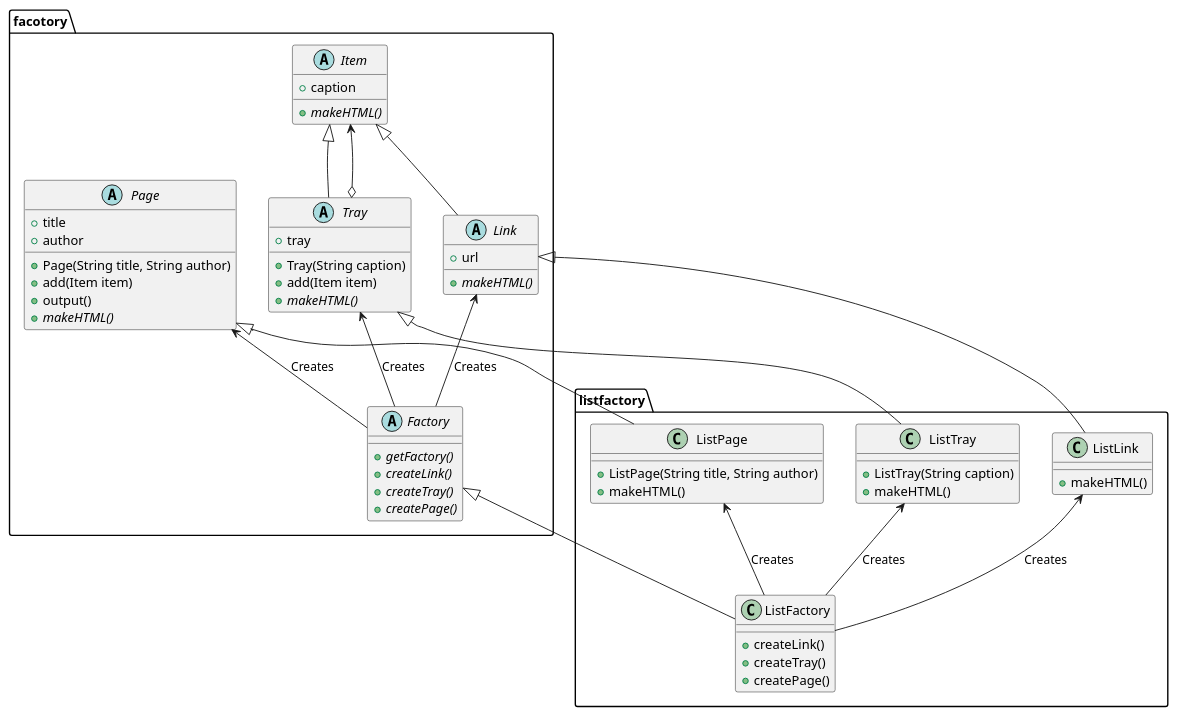
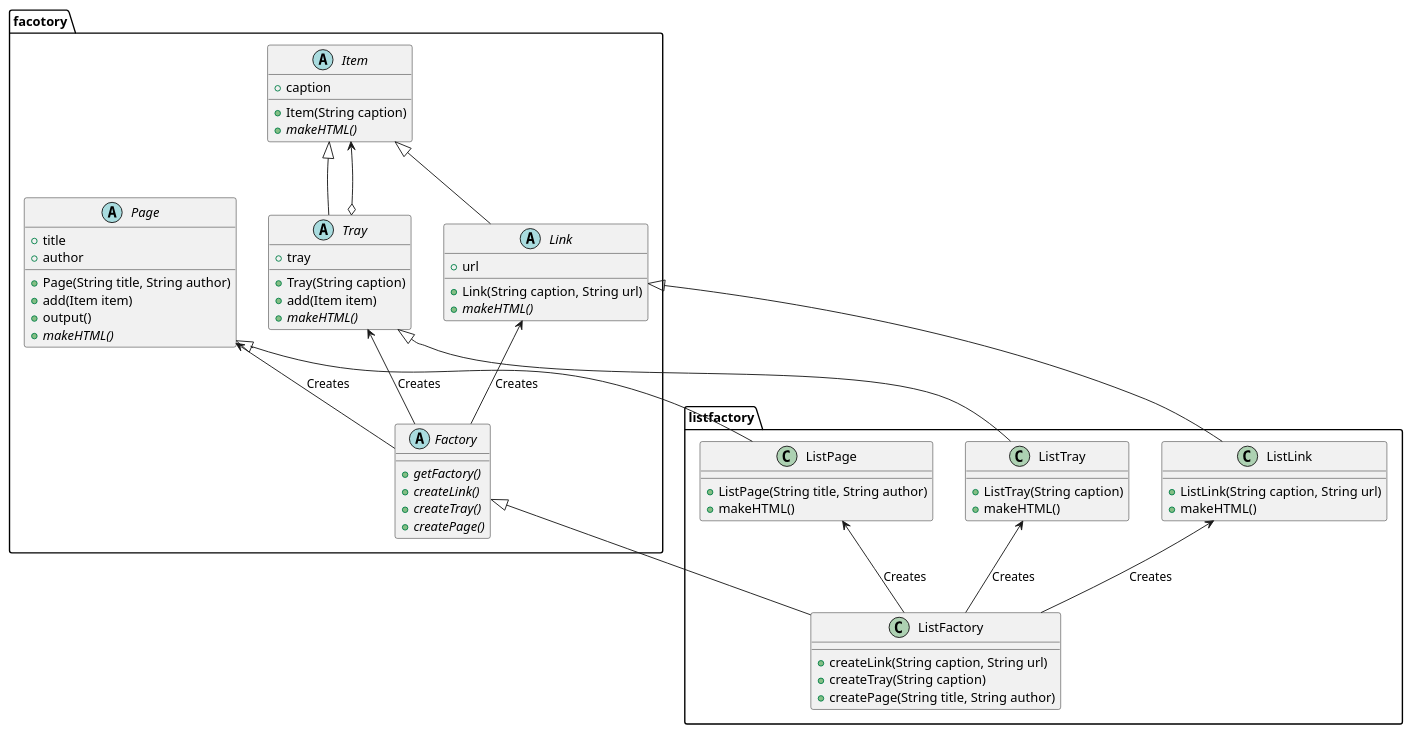
The diagram in AbstractFactory/README.md (ku2ma2/design_pattern), drawn with PlantUML before and after one commit. The commit also changed 6 other files, not shown here.

Commit message:
Add ListLink

````diff
--- a/AbstractFactory/README.md
+++ b/AbstractFactory/README.md
@@ -4,72 +4,75 @@
 ```uml
 @startuml
 
 package facotory {
     abstract Item {
         +caption
+        +Item(String caption)
         {abstract} +makeHTML()
     }
     abstract Link {
         +url
+        +Link(String caption, String url)
         {abstract} +makeHTML()
     }
     abstract Tray {
         +tray
         +Tray(String caption)
         +add(Item item)
         {abstract} +makeHTML()
     }
     abstract Page {
         +title
         +author
         +Page(String title, String author)
         +add(Item item)
         +output()
         {abstract} +makeHTML()
     }
     abstract Factory {
         {abstract} +getFactory()
         {abstract} +createLink()
         {abstract} +createTray()
         {abstract} +createPage()
     }
 }
 
 package listfactory {
 
     class ListLink {
+        +ListLink(String caption, String url)
         +makeHTML()
     }
     class ListTray {
         +ListTray(String caption)
         +makeHTML()
     }
     class ListPage {
         +ListPage(String title, String author)
         +makeHTML()
     }
     class ListFactory {
-        +createLink()
-        +createTray()
-        +createPage()
+        +createLink(String caption, String url)
+        +createTray(String caption)
+        +createPage(String title, String author)
     }
 }
 
 
 Link -up-|> Item
 Tray -up-|> Item
 Tray o-up-> Item
 Factory -up-> Link: Creates
 Factory -up-> Tray: Creates
 Factory -up-> Page: Creates
 
 ListFactory -up-> ListLink: Creates
 ListFactory -up-> ListTray: Creates
 ListFactory -up-> ListPage: Creates
 ListFactory -up-|> Factory
 ListLink -up-|> Link
 ListTray -up-|> Tray
 ListPage -up-|> Page
 
 @enduml
 ```
````
